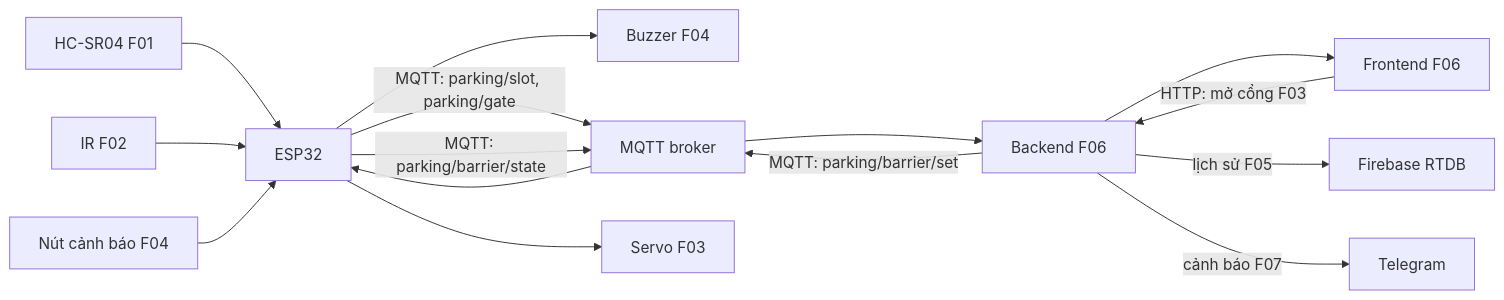
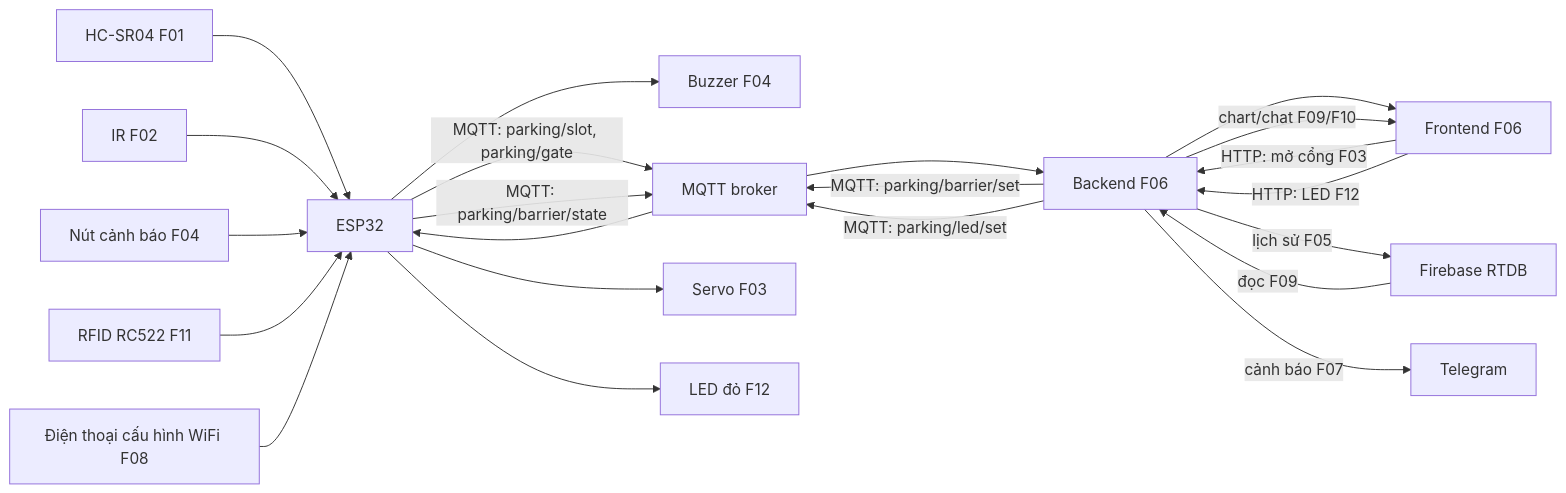
One commit to nvphuoc1172/iot-project-1 changed the diagram in 05_SMART_PARKING_SYSTEM.MD. Above: the diagram before and after it, drawn with Mermaid. The commit also changed other lines of this file and 4 other files, not shown here.

````diff
--- a/05_SMART_PARKING_SYSTEM.MD
+++ b/05_SMART_PARKING_SYSTEM.MD
@@ -60,17 +66,24 @@
 ```mermaid
 flowchart LR
   U["HC-SR04 F01"] --> E["ESP32"]
   IR["IR F02"] --> E
   BTN["Nút cảnh báo F04"] --> E
   E --> BZ["Buzzer F04"]
   E -->|MQTT: parking/slot, parking/gate| MQ["MQTT broker"]
   MQ --> BE["Backend F06"]
   BE --> FE["Frontend F06"]
   FE -->|HTTP: mở cổng F03| BE
   BE -->|MQTT: parking/barrier/set| MQ
   MQ --> E
   E --> SERVO["Servo F03"]
   E -->|MQTT: parking/barrier/state| MQ
   BE -->|lịch sử F05| DB["Firebase RTDB"]
   BE -->|cảnh báo F07| TG["Telegram"]
+  RFID["RFID RC522 F11"] --> E
+  FE -->|HTTP: LED F12| BE
+  BE -->|MQTT: parking/led/set| MQ
+  E --> LED["LED đỏ F12"]
+  DB -->|đọc F09| BE
+  BE -->|chart/chat F09/F10| FE
+  PHONE["Điện thoại cấu hình WiFi F08"] --> E
 ```
````
